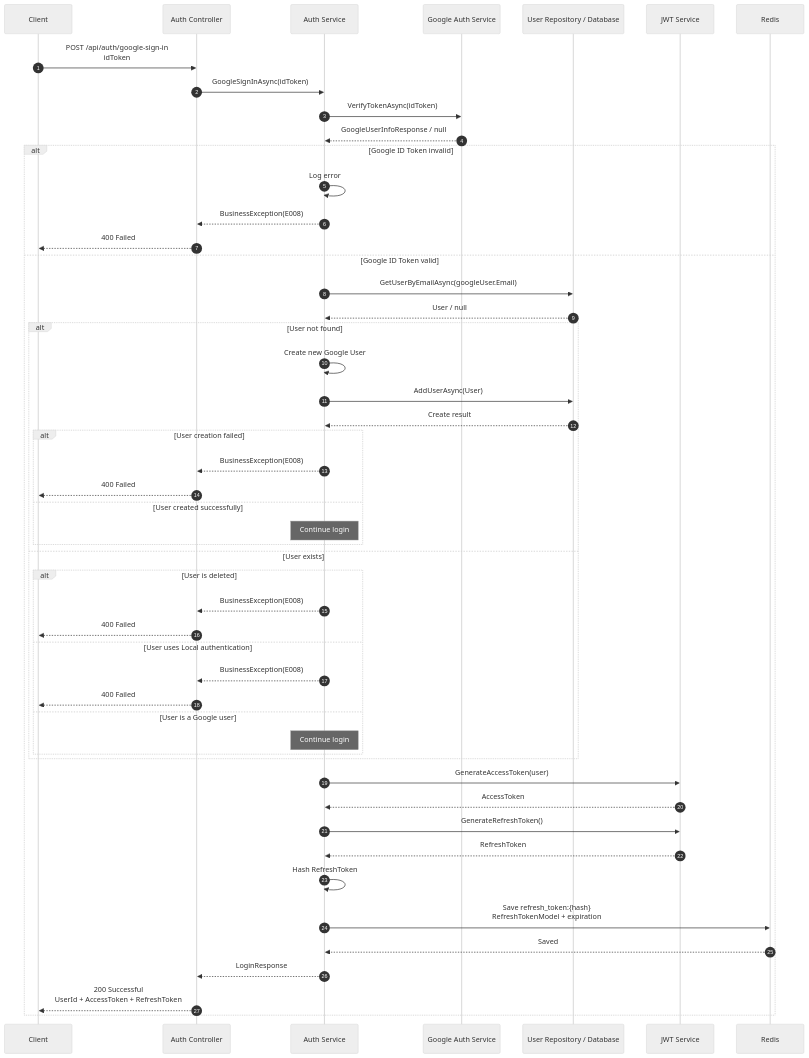
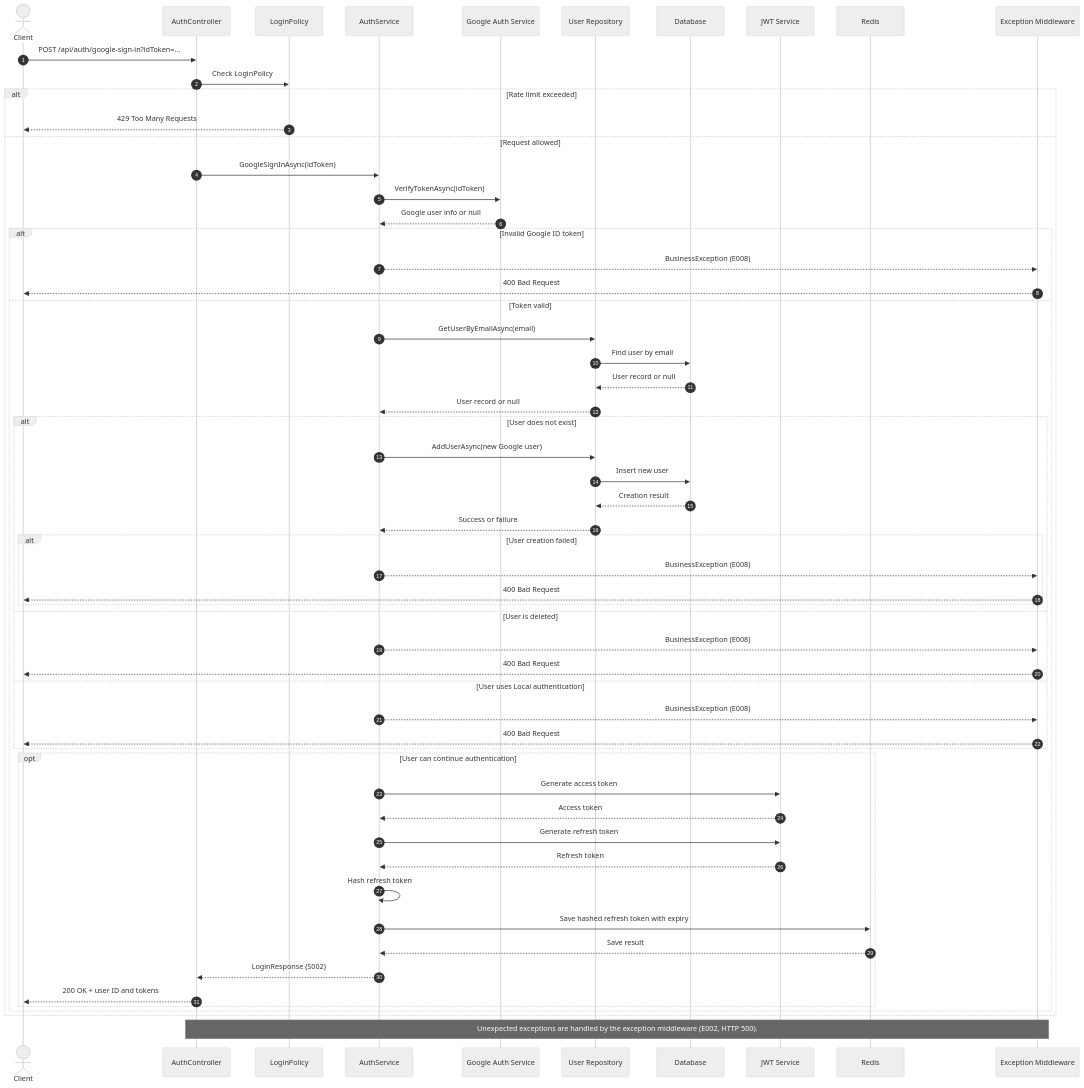
One commit to programmerHoangBao/Book-Shop changed the sixth of 7 diagrams in API-Description.md. Above: the diagram before and after it, drawn with Mermaid (neutral theme). The commit also changed other lines of this file, not shown here.

Commit message:
Update API-Description for Auth API

````diff
--- a/API-Description.md
+++ b/API-Description.md
@@ -1014,65 +1278,67 @@
 ```mermaid
 sequenceDiagram
     autonumber
-    participant C as Client
-    participant API as Auth Controller
-    participant S as Auth Service
-    participant G as Google Auth Service
-    participant DB as User Repository / Database
-    participant J as JWT Service
-    participant R as Redis
+    actor Client
+    participant API as AuthController
+    participant Limiter as LoginPolicy
+    participant Service as AuthService
+    participant Google as Google Auth Service
+    participant UserRepo as User Repository
+    participant DB as Database
+    participant JWT as JWT Service
+    participant Redis
+    participant Middleware as Exception Middleware
 
-    C->>API: POST /api/auth/google-sign-in<br/>idToken
-    API->>S: GoogleSignInAsync(idToken)
+    Client->>API: POST /api/auth/google-sign-in?idToken=...
+    API->>Limiter: Check LoginPolicy
 
-    S->>G: VerifyTokenAsync(idToken)
-    G-->>S: GoogleUserInfoResponse / null
+    alt Rate limit exceeded
+        Limiter-->>Client: 429 Too Many Requests
+    else Request allowed
+        API->>Service: GoogleSignInAsync(idToken)
+        Service->>Google: VerifyTokenAsync(idToken)
+        Google-->>Service: Google user info or null
 
-    alt Google ID Token invalid
-        S->>S: Log error
-        S-->>API: BusinessException(E008)
-        API-->>C: 400 Failed
-    else Google ID Token valid
+        alt Invalid Google ID token
+            Service-->>Middleware: BusinessException (E008)
+            Middleware-->>Client: 400 Bad Request
+        else Token valid
+            Service->>UserRepo: GetUserByEmailAsync(email)
+            UserRepo->>DB: Find user by email
+            DB-->>UserRepo: User record or null
+            UserRepo-->>Service: User record or null
 
-        S->>DB: GetUserByEmailAsync(googleUser.Email)
-        DB-->>S: User / null
+            alt User does not exist
+                Service->>UserRepo: AddUserAsync(new Google user)
+                UserRepo->>DB: Insert new user
+                DB-->>UserRepo: Creation result
+                UserRepo-->>Service: Success or failure
 
-        alt User not found
-            S->>S: Create new Google User
-            S->>DB: AddUserAsync(User)
-            DB-->>S: Create result
-
-            alt User creation failed
-                S-->>API: BusinessException(E008)
-                API-->>C: 400 Failed
-            else User created successfully
-                Note over S: Continue login
+                alt User creation failed
+                    Service-->>Middleware: BusinessException (E008)
+                    Middleware-->>Client: 400 Bad Request
+                end
+            else User is deleted
+                Service-->>Middleware: BusinessException (E008)
+                Middleware-->>Client: 400 Bad Request
+            else User uses Local authentication
+                Service-->>Middleware: BusinessException (E008)
+                Middleware-->>Client: 400 Bad Request
             end
 
-        else User exists
-
-            alt User is deleted
-                S-->>API: BusinessException(E008)
-                API-->>C: 400 Failed
-            else User uses Local authentication
-                S-->>API: BusinessException(E008)
-                API-->>C: 400 Failed
-            else User is a Google user
-                Note over S: Continue login
+            opt User can continue authentication
+                Service->>JWT: Generate access token
+                JWT-->>Service: Access token
+                Service->>JWT: Generate refresh token
+                JWT-->>Service: Refresh token
+                Service->>Service: Hash refresh token
+                Service->>Redis: Save hashed refresh token with expiry
+                Redis-->>Service: Save result
+                Service-->>API: LoginResponse (S002)
+                API-->>Client: 200 OK + user ID and tokens
             end
         end
+    end
 
-        S->>J: GenerateAccessToken(user)
-        J-->>S: AccessToken
-
-        S->>J: GenerateRefreshToken()
-        J-->>S: RefreshToken
-
-        S->>S: Hash RefreshToken
-        S->>R: Save refresh_token:{hash}<br/>RefreshTokenModel + expiration
-        R-->>S: Saved
-
-        S-->>API: LoginResponse
-        API-->>C: 200 Successful<br/>UserId + AccessToken + RefreshToken
-    end
+    Note over API,Middleware: Unexpected exceptions are handled by the exception middleware (E002, HTTP 500).
 ```
````
